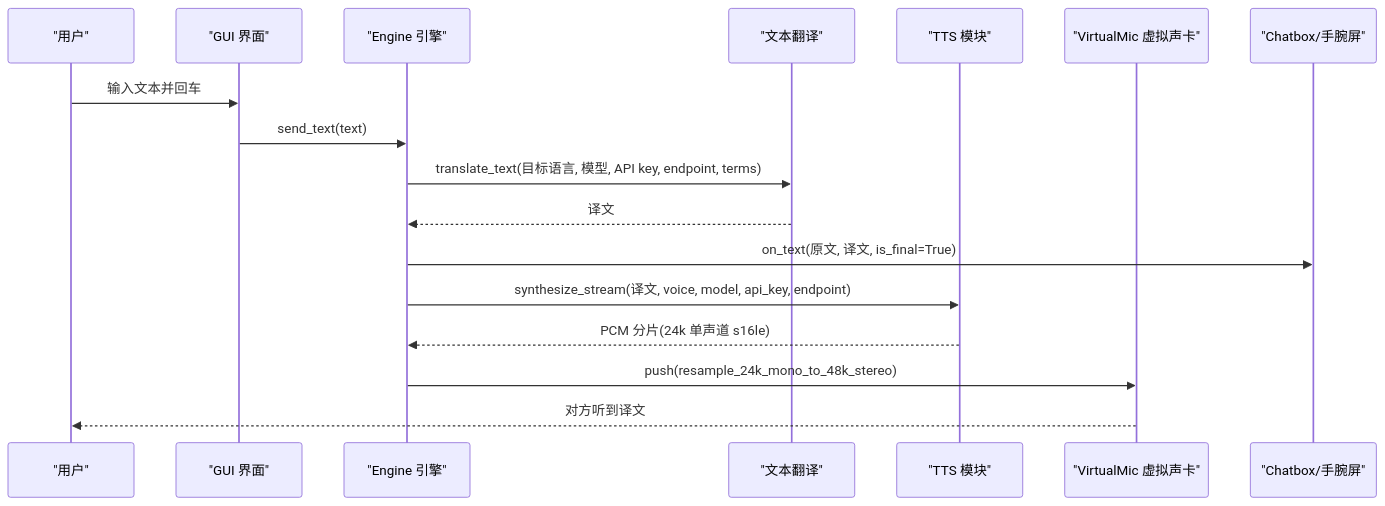
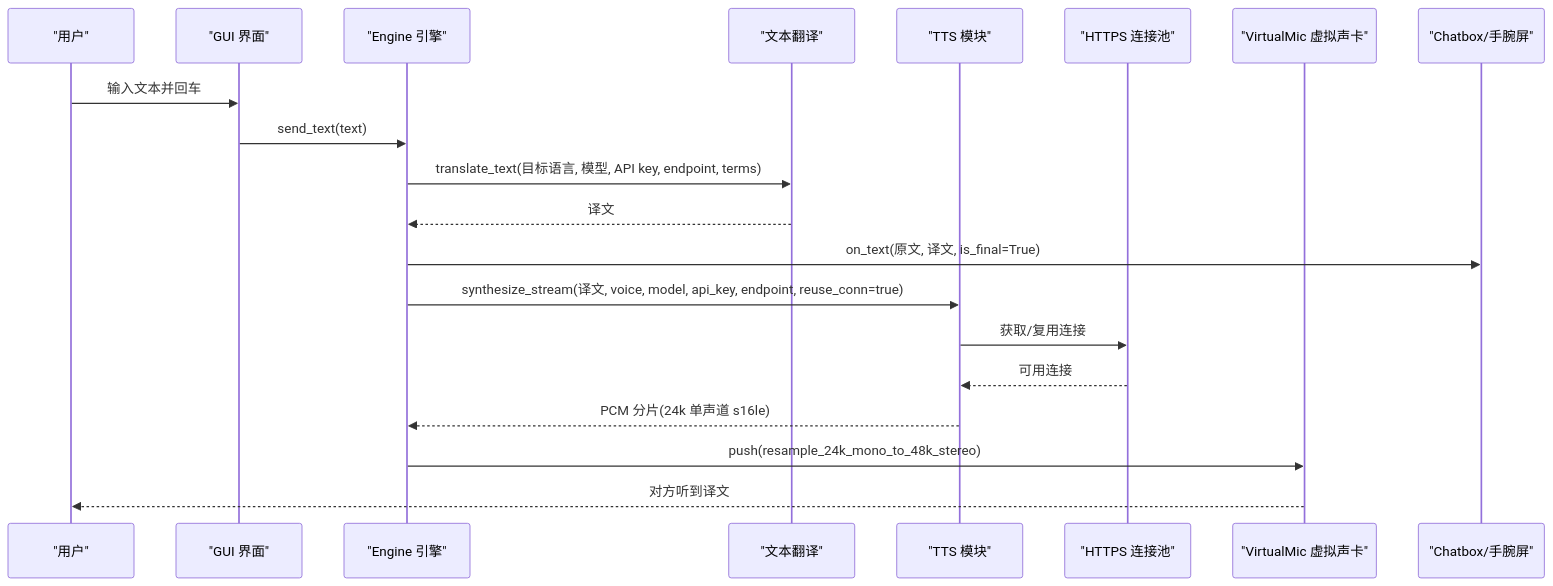
The second of 9 diagrams in .qoder/repowiki/zh/content/文本输入与语音合成.md (EMeowAGENT/vrchat-livetranslate), drawn with Mermaid before and after one commit. The commit also changed other lines of this file and 75 other files, not shown here.

````diff
--- a/.qoder/repowiki/zh/content/文本输入与语音合成.md
+++ b/.qoder/repowiki/zh/content/文本输入与语音合成.md
@@ -91,19 +107,22 @@
 ```mermaid
 sequenceDiagram
 participant User as "用户"
 participant GUI as "GUI 界面"
 participant Engine as "Engine 引擎"
 participant TextIn as "文本翻译"
 participant TTS as "TTS 模块"
+participant ConnPool as "HTTPS 连接池"
 participant VMic as "VirtualMic 虚拟声卡"
 participant Chatbox as "Chatbox/手腕屏"
 User->>GUI : 输入文本并回车
 GUI->>Engine : send_text(text)
 Engine->>TextIn : translate_text(目标语言, 模型, API key, endpoint, terms)
 TextIn-->>Engine : 译文
 Engine->>Chatbox : on_text(原文, 译文, is_final=True)
-Engine->>TTS : synthesize_stream(译文, voice, model, api_key, endpoint)
+Engine->>TTS : synthesize_stream(译文, voice, model, api_key, endpoint, reuse_conn=true)
+TTS->>ConnPool : 获取/复用连接
+ConnPool-->>TTS : 可用连接
 TTS-->>Engine : PCM 分片(24k 单声道 s16le)
 Engine->>VMic : push(resample_24k_mono_to_48k_stereo)
 VMic-->>User : 对方听到译文
 ```
````
